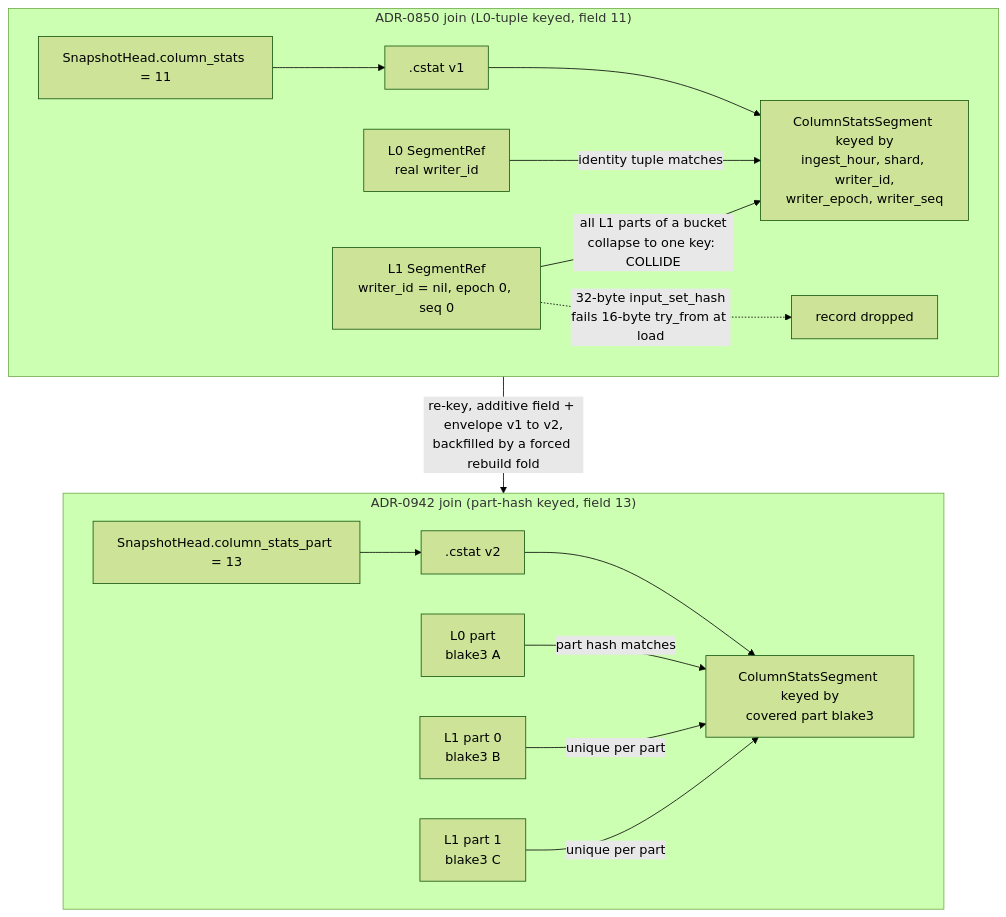
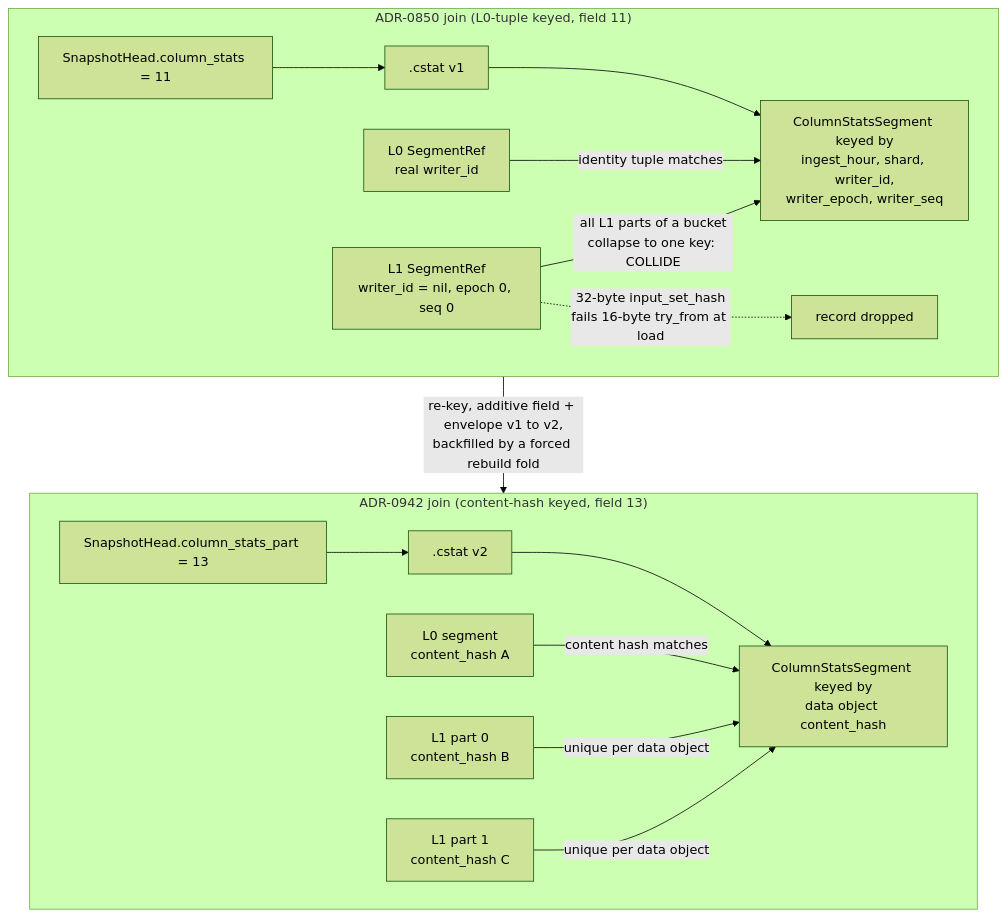
The diagram in docs/adrs/0942-cstat-snapshot-part-binding.md (NOFireAI/ravel), drawn with Mermaid (forest theme) before and after one commit. The commit also changed other lines of this file, not shown here.

````diff
--- a/docs/adrs/0942-cstat-snapshot-part-binding.md
+++ b/docs/adrs/0942-cstat-snapshot-part-binding.md
@@ -327,20 +364,20 @@
 ```mermaid
 flowchart TD
   subgraph old["ADR-0850 join (L0-tuple keyed, field 11)"]
     OH["SnapshotHead.column_stats = 11"] --> OC[".cstat v1"]
     OC --> OSEG["ColumnStatsSegment keyed by<br/>ingest_hour, shard, writer_id,<br/>writer_epoch, writer_seq"]
     OL0["L0 SegmentRef<br/>real writer_id"] -->|"identity tuple matches"| OSEG
     OL1["L1 SegmentRef<br/>writer_id = nil, epoch 0, seq 0"] -->|"all L1 parts of a bucket<br/>collapse to one key: COLLIDE"| OSEG
     OL1 -.->|"32-byte input_set_hash<br/>fails 16-byte try_from at load"| DROP["record dropped"]
   end
 
-  subgraph new["ADR-0942 join (part-hash keyed, field 13)"]
+  subgraph new["ADR-0942 join (content-hash keyed, field 13)"]
     NH["SnapshotHead.column_stats_part = 13"] --> NC[".cstat v2"]
-    NC --> NSEG["ColumnStatsSegment keyed by<br/>covered part blake3"]
-    NL0["L0 part<br/>blake3 A"] -->|"part hash matches"| NSEG
-    NL1a["L1 part 0<br/>blake3 B"] -->|"unique per part"| NSEG
-    NL1b["L1 part 1<br/>blake3 C"] -->|"unique per part"| NSEG
+    NC --> NSEG["ColumnStatsSegment keyed by<br/>data object content_hash"]
+    NL0["L0 segment<br/>content_hash A"] -->|"content hash matches"| NSEG
+    NL1a["L1 part 0<br/>content_hash B"] -->|"unique per data object"| NSEG
+    NL1b["L1 part 1<br/>content_hash C"] -->|"unique per data object"| NSEG
   end
 
   old -->|"re-key, additive field + envelope v1 to v2,<br/>backfilled by a forced rebuild fold"| new
 ```
````
